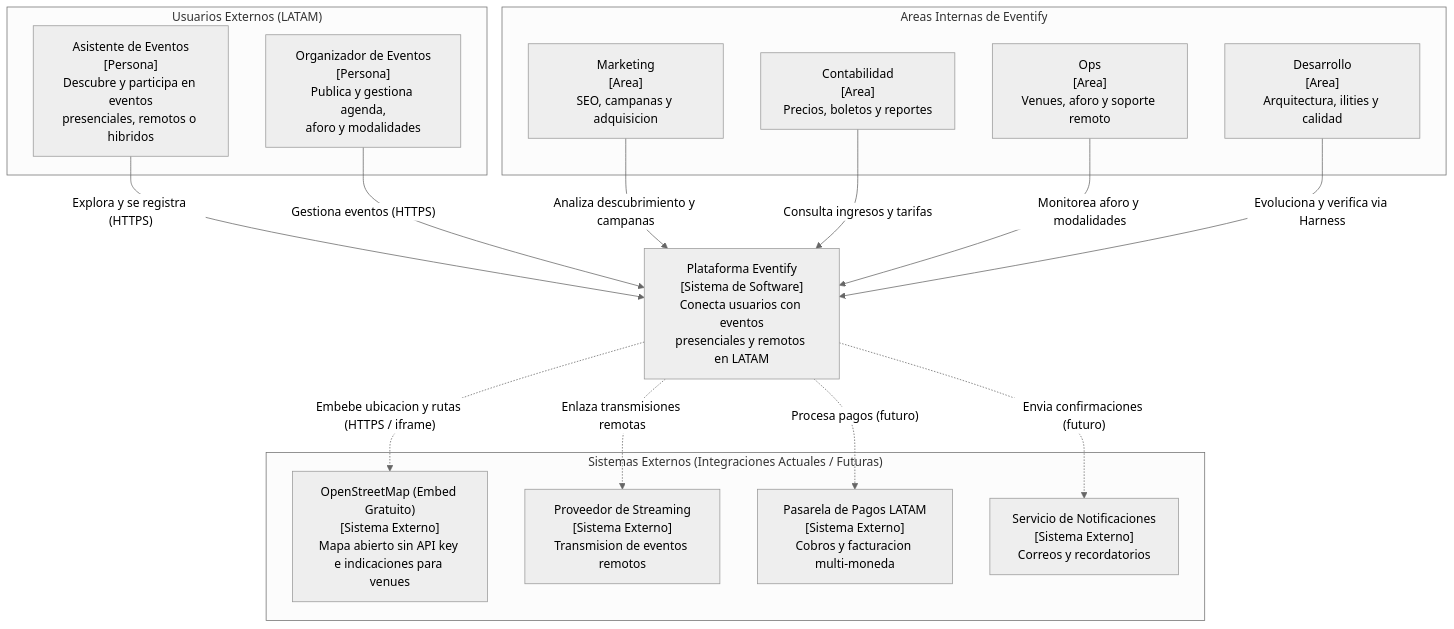
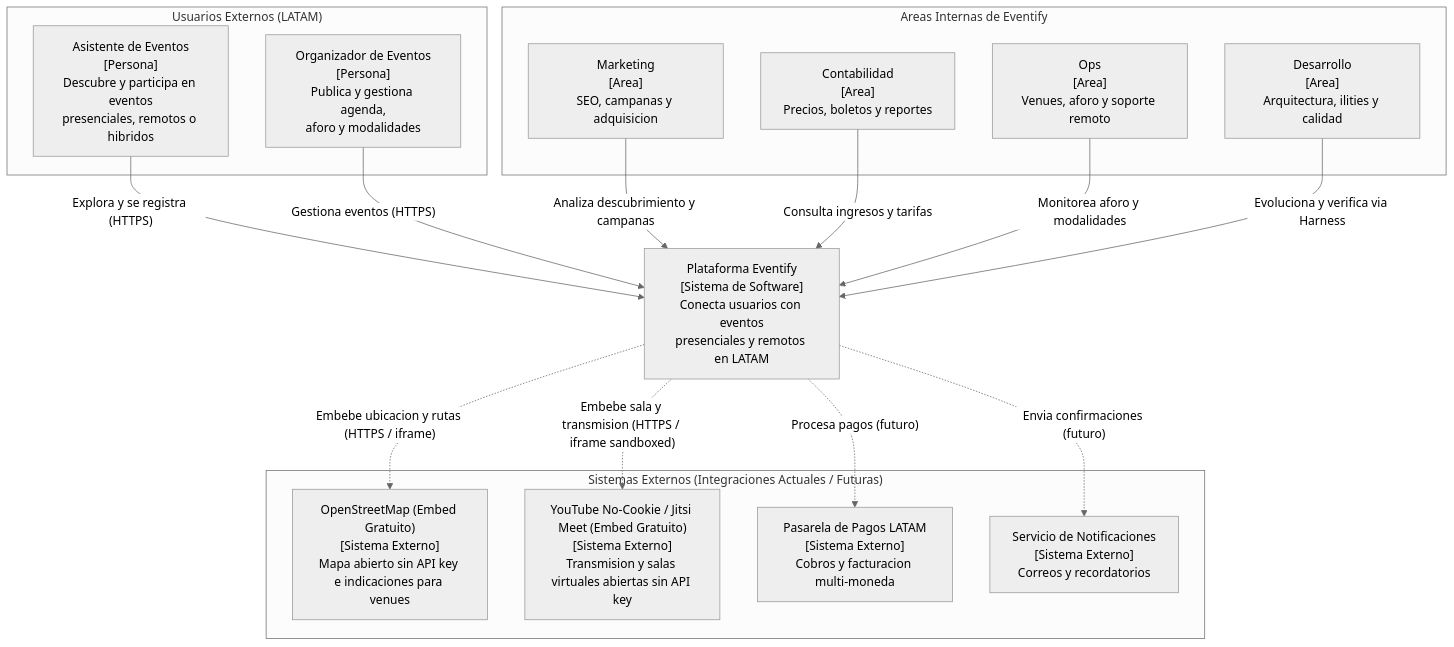
The first of 3 diagrams in docs/architecture/c4-model.md (dezkareid/eventify), drawn with Mermaid (neutral theme) before and after one commit. The commit also changed other lines of this file and 13 other files, not shown here.

Commit message:
feat(web): add virtual event room with portable StreamingProvider and facade embed

````diff
--- a/docs/architecture/c4-model.md
+++ b/docs/architecture/c4-model.md
@@ -11,35 +11,35 @@
 ```mermaid
 flowchart TB
     subgraph Personas["Usuarios Externos (LATAM)"]
         Asistente["Asistente de Eventos\n[Persona]\nDescubre y participa en eventos\npresenciales, remotos o hibridos"]
         Organizador["Organizador de Eventos\n[Persona]\nPublica y gestiona agenda,\naforo y modalidades"]
     end
 
     subgraph Areas["Areas Internas de Eventify"]
         Marketing["Marketing\n[Area]\nSEO, campanas y adquisicion"]
         Contabilidad["Contabilidad\n[Area]\nPrecios, boletos y reportes"]
         Ops["Ops\n[Area]\nVenues, aforo y soporte remoto"]
         Desarrollo["Desarrollo\n[Area]\nArquitectura, ilities y calidad"]
     end
 
     Eventify["Plataforma Eventify\n[Sistema de Software]\nConecta usuarios con eventos\npresenciales y remotos en LATAM"]
 
     subgraph Externos["Sistemas Externos (Integraciones Actuales / Futuras)"]
         Maps["OpenStreetMap (Embed Gratuito)\n[Sistema Externo]\nMapa abierto sin API key e indicaciones para venues"]
-        Streaming["Proveedor de Streaming\n[Sistema Externo]\nTransmision de eventos remotos"]
+        Streaming["YouTube No-Cookie / Jitsi Meet (Embed Gratuito)\n[Sistema Externo]\nTransmision y salas virtuales abiertas sin API key"]
         Pagos["Pasarela de Pagos LATAM\n[Sistema Externo]\nCobros y facturacion multi-moneda"]
         Notif["Servicio de Notificaciones\n[Sistema Externo]\nCorreos y recordatorios"]
     end
 
     Asistente -- "Explora y se registra (HTTPS)" --> Eventify
     Organizador -- "Gestiona eventos (HTTPS)" --> Eventify
     Marketing -- "Analiza descubrimiento y campanas" --> Eventify
     Contabilidad -- "Consulta ingresos y tarifas" --> Eventify
     Ops -- "Monitorea aforo y modalidades" --> Eventify
     Desarrollo -- "Evoluciona y verifica via Harness" --> Eventify
 
     Eventify -. "Embebe ubicacion y rutas (HTTPS / iframe)" .-> Maps
-    Eventify -. "Enlaza transmisiones remotas" .-> Streaming
+    Eventify -. "Embebe sala y transmision (HTTPS / iframe sandboxed)" .-> Streaming
     Eventify -. "Procesa pagos (futuro)" .-> Pagos
     Eventify -. "Envia confirmaciones (futuro)" .-> Notif
 ```
````
